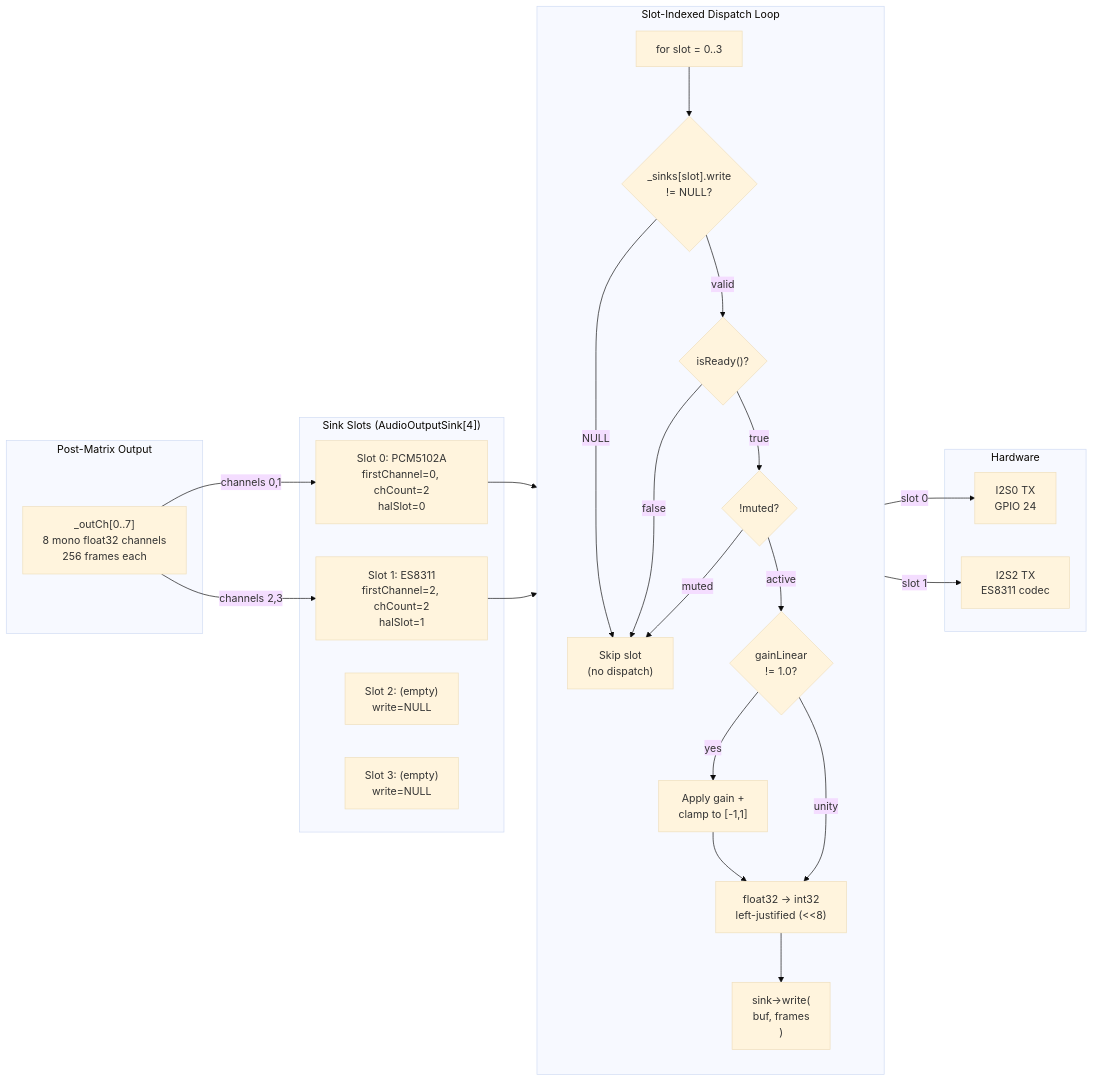
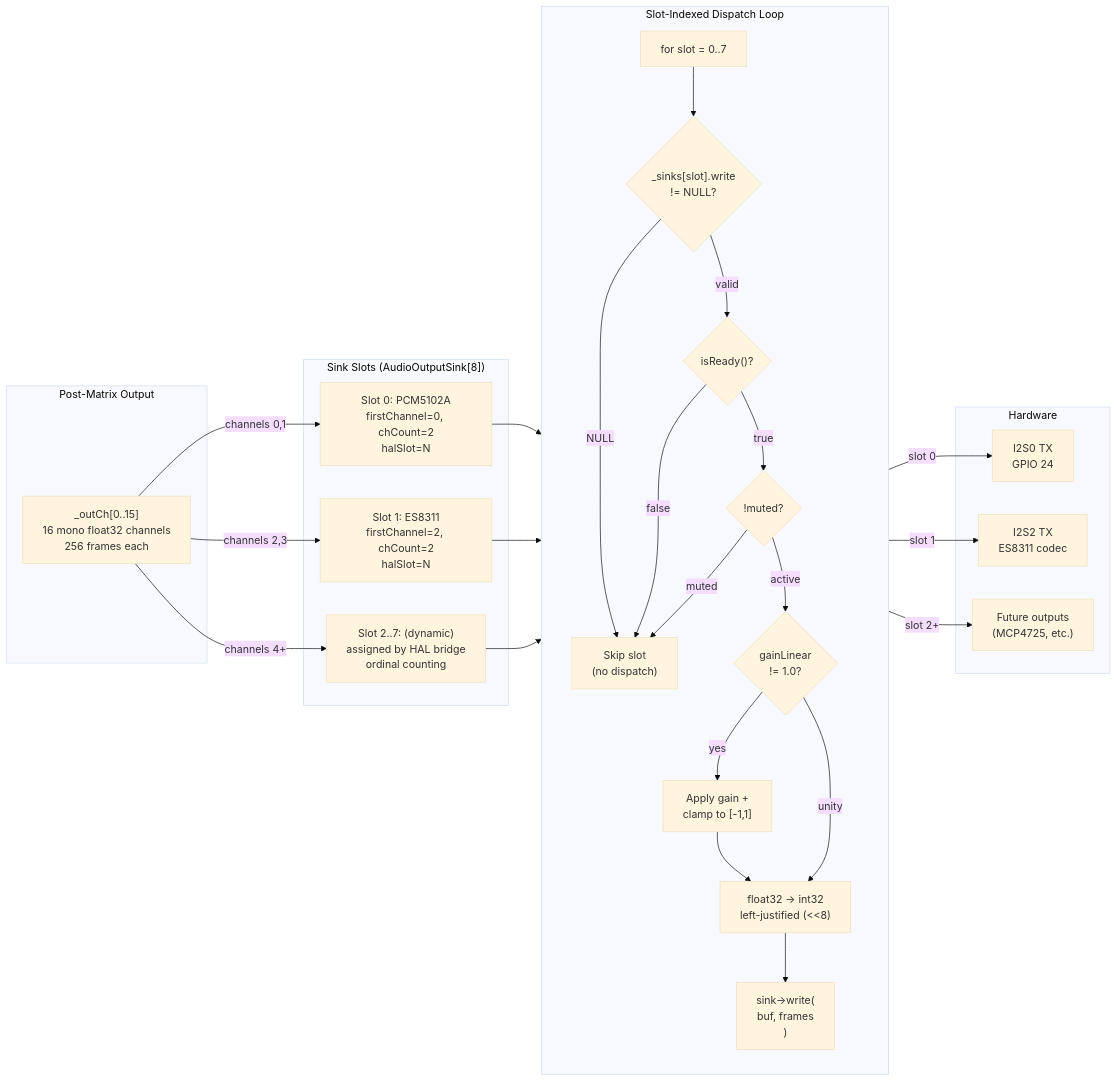
One commit to Schmackos/ALX_Nova_Controller_2 changed the diagram in docs/architecture/sink-dispatch.mmd. Above: the diagram before and after it, drawn with Mermaid (base theme). The commit also changed 40 other files, not shown here.

```diff
--- a/docs/architecture/sink-dispatch.mmd
+++ b/docs/architecture/sink-dispatch.mmd
@@ -1,50 +1,53 @@
 %% Slot-Indexed Sink Dispatch — Audio Output Path
-%% Pipeline iterates ALL slots (0..3), skipping empty/not-ready/muted
+%% Pipeline iterates ALL slots (0..7), skipping empty/not-ready/muted
 
 flowchart LR
     subgraph matrix["Post-Matrix Output"]
-        OUT["_outCh[0..7]\n8 mono float32 channels\n256 frames each"]
+        OUT["_outCh[0..15]\n16 mono float32 channels\n256 frames each"]
     end
 
     subgraph dispatch["Slot-Indexed Dispatch Loop"]
         direction TB
-        LOOP["for slot = 0..3"]
+        LOOP["for slot = 0..7"]
         CHK1{"_sinks[slot].write\n!= NULL?"}
         CHK2{"isReady()?"}
         CHK3{"!muted?"}
         GAIN{"gainLinear\n!= 1.0?"}
         APPLY["Apply gain +\nclamp to [-1,1]"]
         CONV["float32 -> int32\nleft-justified (<<8)"]
         WRITE["sink->write(\n  buf, frames\n)"]
         SKIP["Skip slot\n(no dispatch)"]
 
         LOOP --> CHK1
         CHK1 -->|"NULL"| SKIP
         CHK1 -->|"valid"| CHK2
         CHK2 -->|"false"| SKIP
         CHK2 -->|"true"| CHK3
         CHK3 -->|"muted"| SKIP
         CHK3 -->|"active"| GAIN
         GAIN -->|"yes"| APPLY --> CONV
         GAIN -->|"unity"| CONV
         CONV --> WRITE
     end
 
-    subgraph sinks["Sink Slots (AudioOutputSink[4])"]
-        S0["Slot 0: PCM5102A\nfirstChannel=0, chCount=2\nhalSlot=0"]
-        S1["Slot 1: ES8311\nfirstChannel=2, chCount=2\nhalSlot=1"]
-        S2["Slot 2: (empty)\nwrite=NULL"]
-        S3["Slot 3: (empty)\nwrite=NULL"]
+    subgraph sinks["Sink Slots (AudioOutputSink[8])"]
+        S0["Slot 0: PCM5102A\nfirstChannel=0, chCount=2\nhalSlot=N"]
+        S1["Slot 1: ES8311\nfirstChannel=2, chCount=2\nhalSlot=N"]
+        S2["Slot 2..7: (dynamic)\nassigned by HAL bridge\nordinal counting"]
     end
 
     subgraph hw["Hardware"]
         I2S0["I2S0 TX\nGPIO 24"]
         I2S2["I2S2 TX\nES8311 codec"]
+        EXT["Future outputs\n(MCP4725, etc.)"]
     end
 
     OUT -->|"channels 0,1"| S0
     OUT -->|"channels 2,3"| S1
+    OUT -->|"channels 4+"| S2
     S0 --> LOOP
     S1 --> LOOP
+    S2 --> LOOP
     WRITE -->|"slot 0"| I2S0
     WRITE -->|"slot 1"| I2S2
+    WRITE -->|"slot 2+"| EXT
```
